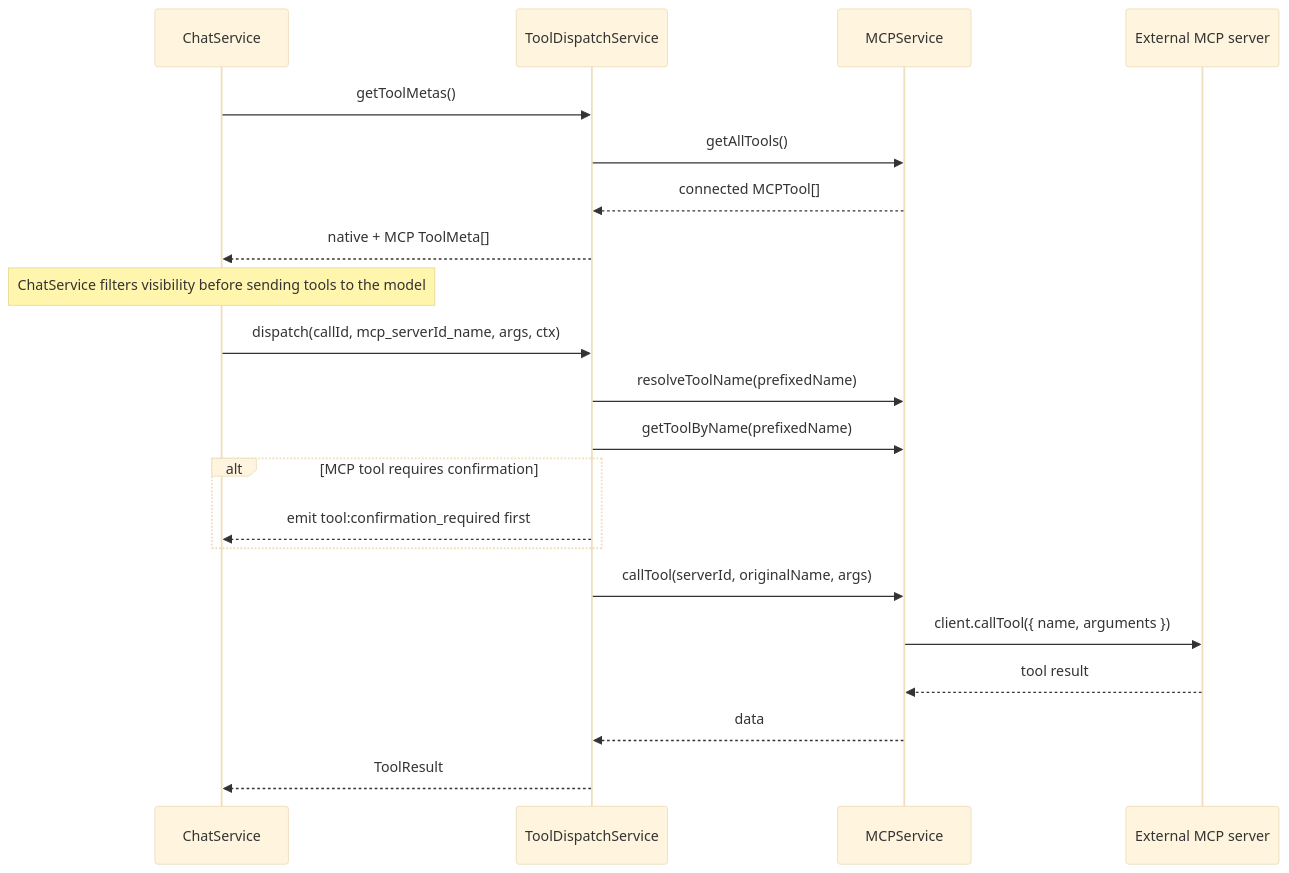
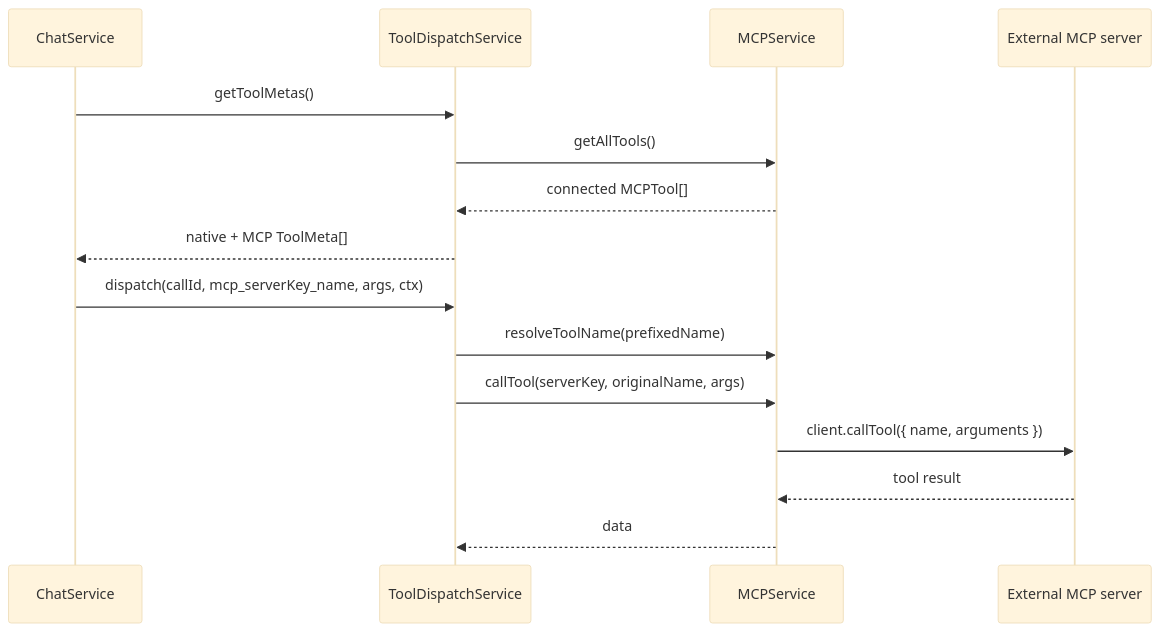
One commit to Radomiej/kalio-forever changed the third of 3 diagrams in docs/mcp-architecture.md. Above: the diagram before and after it, drawn with Mermaid (base theme). The commit also changed other lines of this file and 9 other files, not shown here.

Commit message:
docs(mcp): document dual-store runtime model and qa guidance

````diff
--- a/docs/mcp-architecture.md
+++ b/docs/mcp-architecture.md
@@ -71,26 +105,19 @@
 ```mermaid
 sequenceDiagram
     participant Chat as ChatService
     participant Dispatch as ToolDispatchService
     participant MCP as MCPService
     participant Ext as External MCP server
 
     Chat->>Dispatch: getToolMetas()
     Dispatch->>MCP: getAllTools()
     MCP-->>Dispatch: connected MCPTool[]
     Dispatch-->>Chat: native + MCP ToolMeta[]
 
-    note over Chat: ChatService filters visibility before sending tools to the model
-
-    Chat->>Dispatch: dispatch(callId, mcp_serverId_name, args, ctx)
+    Chat->>Dispatch: dispatch(callId, mcp_serverKey_name, args, ctx)
     Dispatch->>MCP: resolveToolName(prefixedName)
-    Dispatch->>MCP: getToolByName(prefixedName)
-    alt MCP tool requires confirmation
-        Dispatch-->>Chat: emit tool:confirmation_required first
-    end
-    Dispatch->>MCP: callTool(serverId, originalName, args)
+    Dispatch->>MCP: callTool(serverKey, originalName, args)
     MCP->>Ext: client.callTool({ name, arguments })
     Ext-->>MCP: tool result
     MCP-->>Dispatch: data
-    Dispatch-->>Chat: ToolResult
 ```
````
